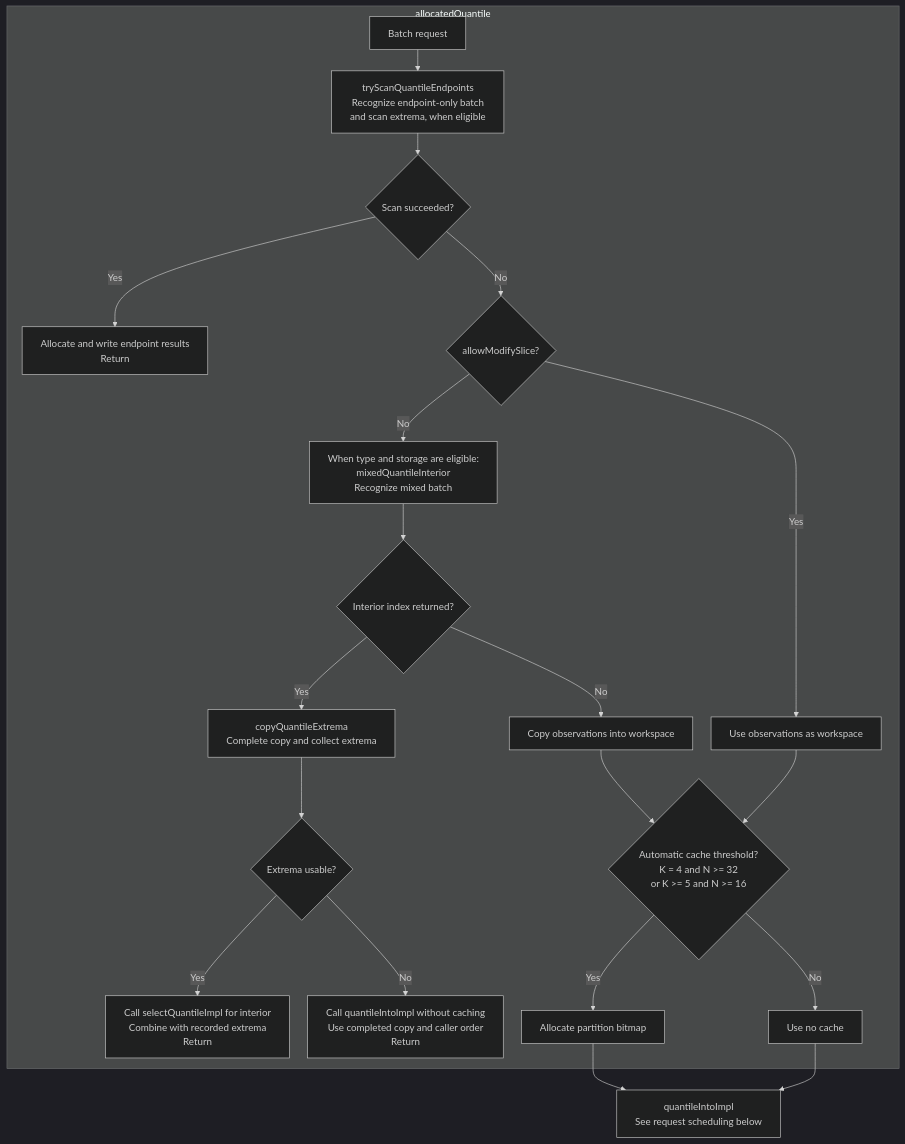
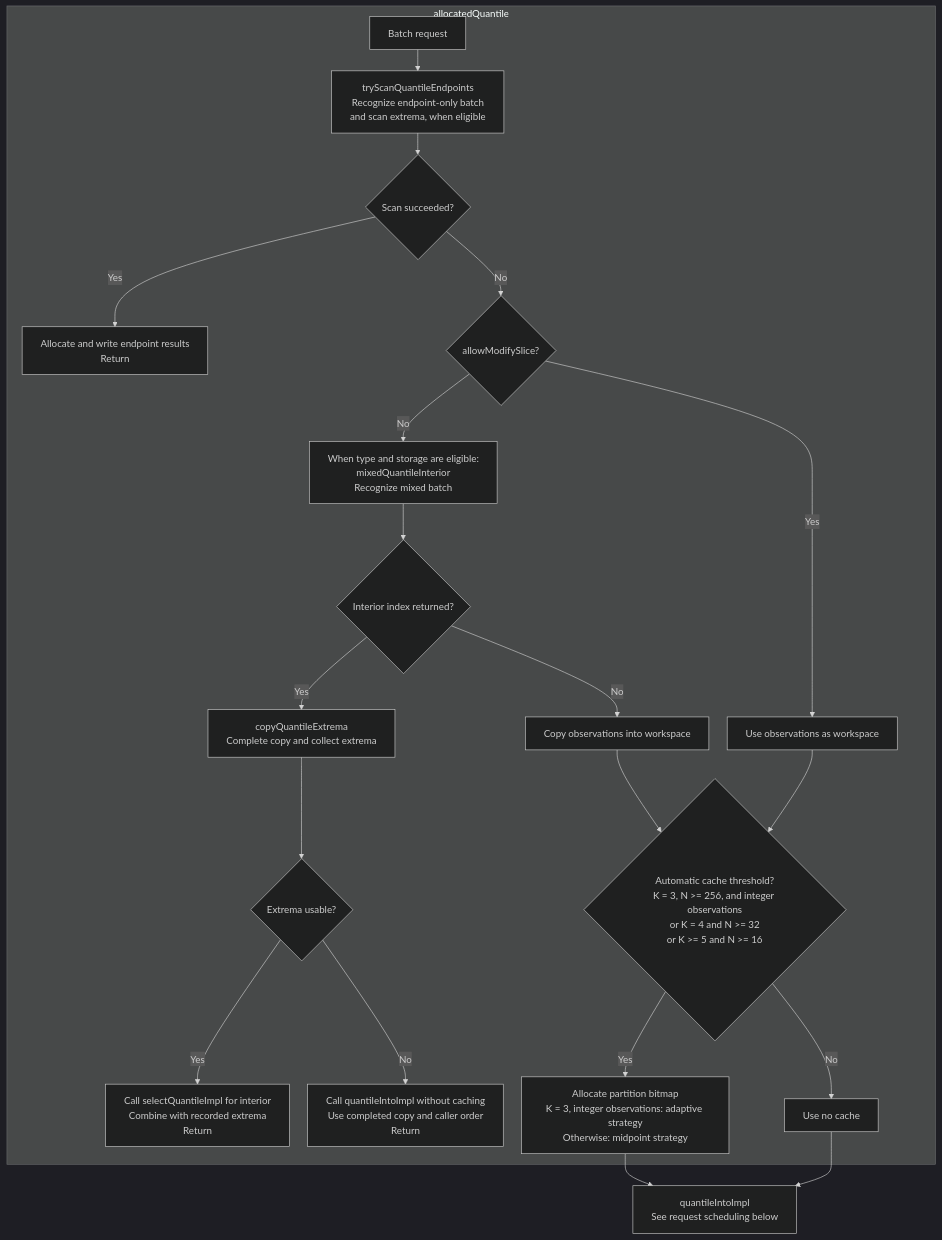
Before and after one commit to libmir/mir-stat: the second of 3 diagrams in design/quantile-selection.md, drawn with Mermaid (dark theme). The commit also changed other lines of this file and 1 other file, not shown here.

First line of the commit message:
Use adaptive cached selection for three-probability integer batches

````diff
--- a/design/quantile-selection.md
+++ b/design/quantile-selection.md
@@ -46,25 +46,25 @@
 ```mermaid
 %%{init: {"flowchart": {"wrappingWidth": 280, "nodeSpacing": 30, "rankSpacing": 35}}}%%
 flowchart TD
     subgraph Allocated["allocatedQuantile"]
         START["Batch request"] --> ENDPOINTS["tryScanQuantileEndpoints<br/>Recognize endpoint-only batch<br/>and scan extrema, when eligible"]
         ENDPOINTS --> SUCCESS{"Scan succeeded?"}
         SUCCESS -- Yes --> RETURN["Allocate and write endpoint results<br/>Return"]
         SUCCESS -- No --> MODIFY{"allowModifySlice?"}
         MODIFY -- No --> ELIGIBLE["When type and storage are eligible:<br/>mixedQuantileInterior<br/>Recognize mixed batch"]
         MODIFY -- Yes --> REUSE["Use observations as workspace"]
         ELIGIBLE --> INDEX{"Interior index returned?"}
         INDEX -- No --> COPY["Copy observations into workspace"]
         INDEX -- Yes --> EXTREMA["copyQuantileExtrema<br/>Complete copy and collect extrema"]
         EXTREMA --> USABLE{"Extrema usable?"}
         USABLE -- Yes --> ONE["Call selectQuantileImpl for interior<br/>Combine with recorded extrema<br/>Return"]
         USABLE -- No --> FALLBACK["Call quantileIntoImpl without caching<br/>Use completed copy and caller order<br/>Return"]
         COPY --> CACHE
         REUSE --> CACHE
-        CACHE{"Automatic cache threshold?<br/>K = 4 and N >= 32<br/>or K >= 5 and N >= 16"}
-        CACHE -- Yes --> BITMAP["Allocate partition bitmap"]
+        CACHE{"Automatic cache threshold?<br/>K = 3, N >= 256, and integer observations<br/>or K = 4 and N >= 32<br/>or K >= 5 and N >= 16"}
+        CACHE -- Yes --> BITMAP["Allocate partition bitmap<br/>K = 3, integer observations: adaptive strategy<br/>Otherwise: midpoint strategy"]
         CACHE -- No --> UNCACHED["Use no cache"]
     end
     BITMAP --> NEXT["quantileIntoImpl<br/>See request scheduling below"]
     UNCACHED --> NEXT
 ```
````
